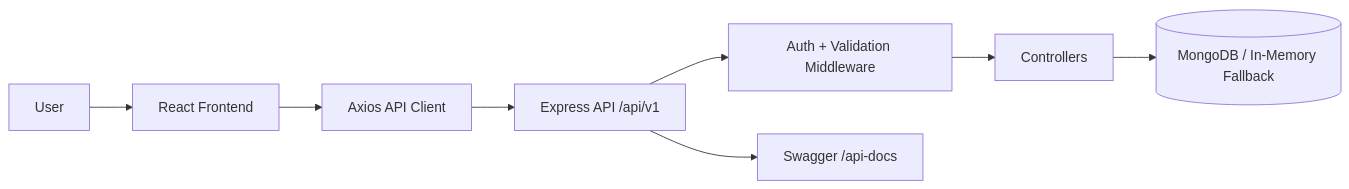
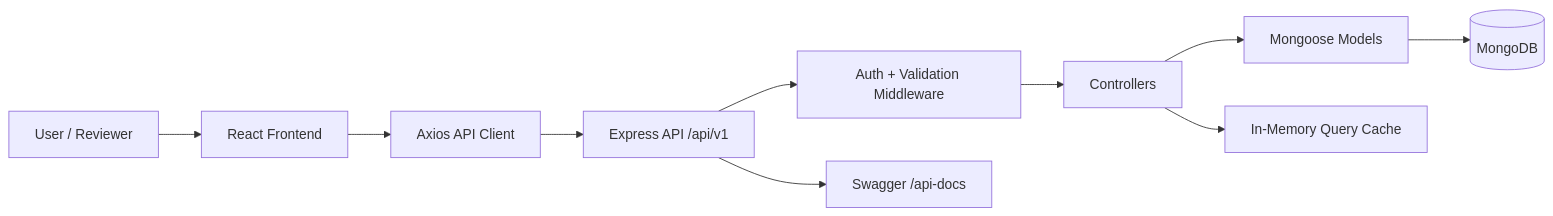
The first of 2 diagrams in README.md (adarshkshitij/Assignment), drawn with Mermaid before and after one commit. The commit also changed other lines of this file and 7 other files, not shown here.

````diff
--- a/README.md
+++ b/README.md
@@ -45,10 +62,12 @@
 ```mermaid
 flowchart LR
-    U[User] --> F[React Frontend]
-    F --> A[Axios API Client]
-    A --> B[Express API /api/v1]
-    B --> M[Auth + Validation Middleware]
-    M --> C[Controllers]
-    C --> D[(MongoDB / In-Memory Fallback)]
-    B --> S[Swagger /api-docs]
+    User[User / Reviewer] --> UI[React Frontend]
+    UI --> Client[Axios API Client]
+    Client --> API[Express API /api/v1]
+    API --> MW[Auth + Validation Middleware]
+    MW --> Controllers[Controllers]
+    Controllers --> Models[Mongoose Models]
+    Models --> DB[(MongoDB)]
+    API --> Docs[Swagger /api-docs]
+    Controllers --> Cache[In-Memory Query Cache]
 ```
````
